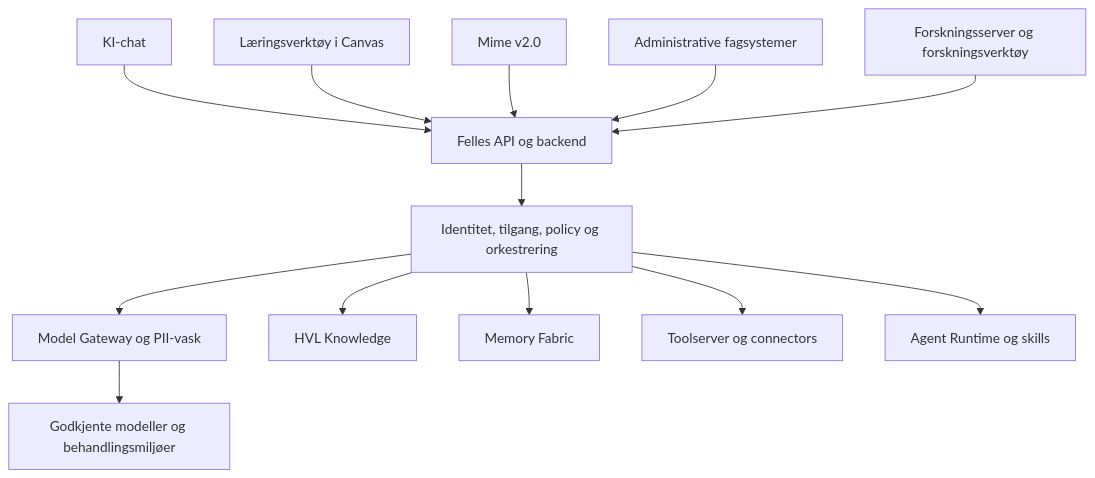
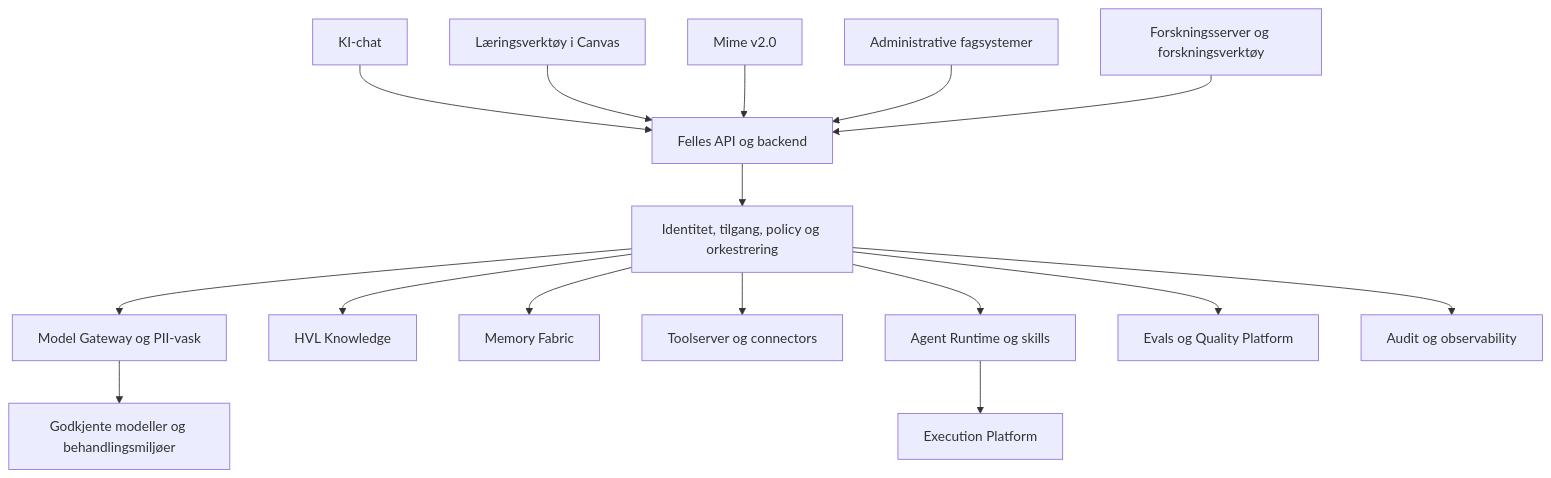
The diagram in docs/interessenter/skreddersydde-tjenester.mdx (IvarRosenbergHVL/hvl-ki-documentation), drawn with Mermaid before and after one commit. The commit also changed other lines of this file and 13 other files, not shown here.

Commit message:
Document agent evaluation, continuous improvement, execution environments and audit governance

````diff
--- a/docs/interessenter/skreddersydde-tjenester.mdx
+++ b/docs/interessenter/skreddersydde-tjenester.mdx
@@ -12,15 +12,18 @@
 ```mermaid
 flowchart TD
  C[KI-chat] --> B[Felles API og backend]
  L[Læringsverktøy i Canvas] --> B
  M[Mime v2.0] --> B
  A[Administrative fagsystemer] --> B
  R[Forskningsserver og forskningsverktøy] --> B
  B --> P[Identitet, tilgang, policy og orkestrering]
  P --> G[Model Gateway og PII-vask]
  P --> K[HVL Knowledge]
  P --> F[Memory Fabric]
  P --> T[Toolserver og connectors]
  P --> W[Agent Runtime og skills]
+ P --> E[Evals og Quality Platform]
+ P --> A1[Audit og observability]
+ W --> X[Execution Platform]
  G --> H[Godkjente modeller og behandlingsmiljøer]
 ```
````
